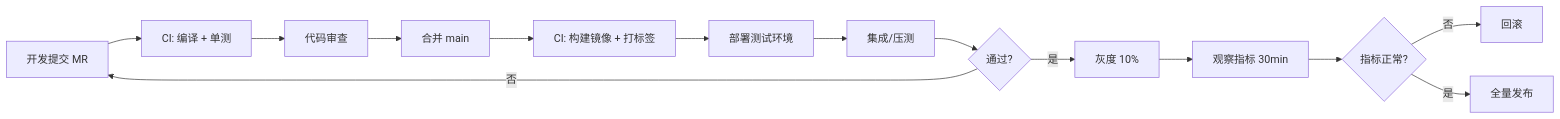
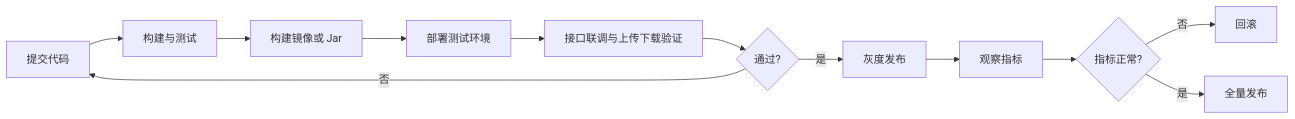
The diagram in docs/07-deployment.md (yangjj-iso/Cloud-Storage), drawn with Mermaid before and after one commit. The commit also changed other lines of this file and 29 other files, not shown here.

````diff
--- a/docs/07-deployment.md
+++ b/docs/07-deployment.md
@@ -516,16 +218,14 @@
 ```mermaid
 flowchart LR
-    A[开发提交 MR] --> B[CI: 编译 + 单测]
-    B --> C[代码审查]
-    C --> D[合并 main]
-    D --> E[CI: 构建镜像 + 打标签]
-    E --> F[部署测试环境]
-    F --> G[集成/压测]
-    G --> H{通过?}
-    H -- 否 --> A
-    H -- 是 --> I[灰度 10%]
-    I --> J[观察指标 30min]
-    J --> K{指标正常?}
-    K -- 否 --> L[回滚]
-    K -- 是 --> M[全量发布]
+    A[提交代码] --> B[构建与测试]
+    B --> C[构建镜像或 Jar]
+    C --> D[部署测试环境]
+    D --> E[接口联调与上传下载验证]
+    E --> F{通过?}
+    F -- 否 --> A
+    F -- 是 --> G[灰度发布]
+    G --> H[观察指标]
+    H --> I{指标正常?}
+    I -- 否 --> J[回滚]
+    I -- 是 --> K[全量发布]
 ```
````
